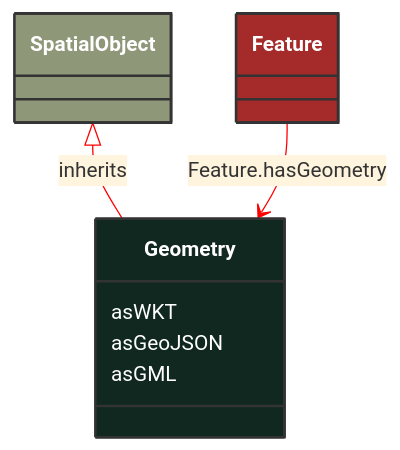
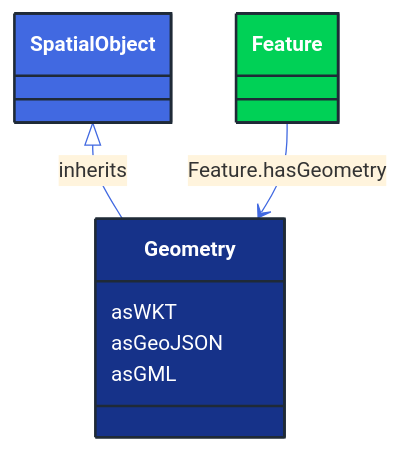
The diagram in docs/Models/Profiles/AviationObstacle/AbstractClasses/Geometry.md (3lbits/NoCIMExtensions), drawn with Mermaid before and after one commit. The commit also changed 362 other files, not shown here.

First line of the commit message:
Update diagrams and styles for improved visual consistency

````diff
--- a/docs/Models/Profiles/AviationObstacle/AbstractClasses/Geometry.md
+++ b/docs/Models/Profiles/AviationObstacle/AbstractClasses/Geometry.md
@@ -10,23 +10,23 @@
 ```mermaid
-%%{init: {'theme':'base','themeVariables': {'lineColor': '#FF0000'}}}%%
+%%{init: {'theme':'base','themeVariables': {'lineColor': '#4169E1'}}}%%
 classDiagram
     class Geometry
     click Geometry href "/Models/Profiles/AviationObstacle/AbstractClasses/Geometry/"
-    style Geometry fill:#102820,stroke:#333,stroke-width:2px,rx:10,ry:10,color:white
+    style Geometry fill:#163289,stroke:#1F2A37,stroke-width:2px,rx:10,ry:10,color:white
      
         SpatialObject <|-- Geometry : inherits
             click SpatialObject href "/Models/Profiles/AviationObstacle/AbstractClasses/SpatialObject/"
-            style SpatialObject fill:#8F9779,stroke:#333,stroke-width:2px,rx:10,ry:10,color:white
+            style SpatialObject fill:#4169E1,stroke:#1F2A37,stroke-width:2px,rx:10,ry:10,color:white
 
 
         Feature --> Geometry : Feature.hasGeometry
 
         Feature
             click Feature href "/Models/Profiles/AviationObstacle/AbstractClasses/Feature/"
-            style Feature fill:#A52A2A,stroke:#333,stroke-width:2px,rx:10,ry:10,color:white
+            style Feature fill:#00D156,stroke:#1F2A37,stroke-width:2px,rx:10,ry:10,color:white
 
 
         Geometry : asWKT
         Geometry : asGeoJSON
         Geometry : asGML
 ```
````
